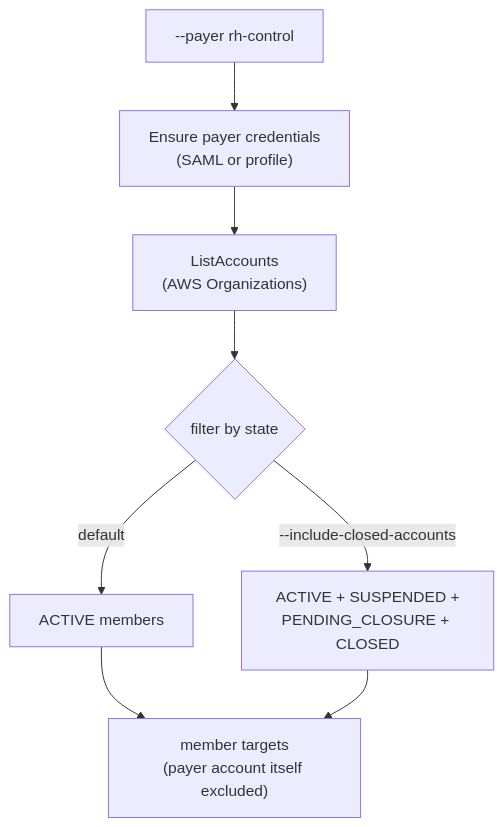
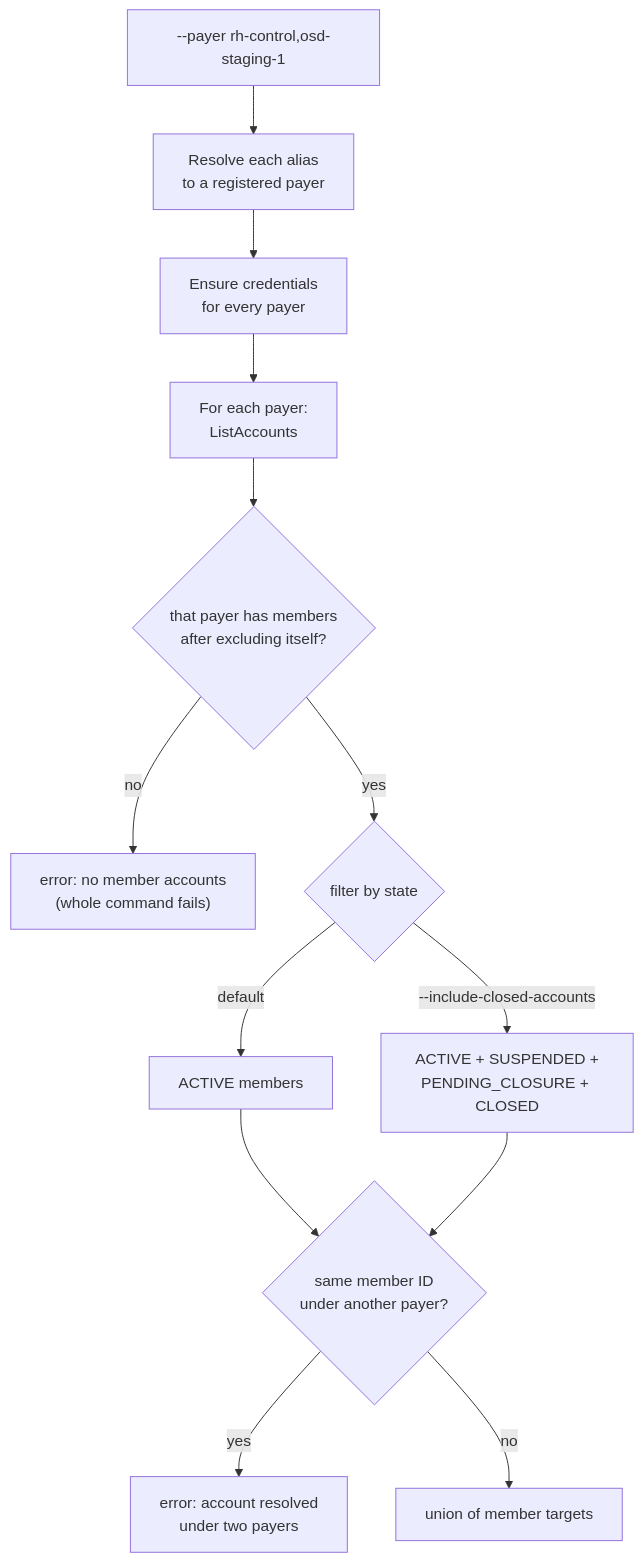
Before and after one commit to openshift-online/finops-tools: the fourth of 6 diagrams in docs/query-selectors.md, drawn with Mermaid. The commit also changed other lines of this file and 1 other file, not shown here.

Commit message:
HCMFINOPS-374 Document comma-separated --payer in the query selector guide

````diff
--- a/docs/query-selectors.md
+++ b/docs/query-selectors.md
@@ -141,10 +197,15 @@
 ```mermaid
 flowchart TD
-    P["--payer rh-control"] --> C["Ensure payer credentials<br/>(SAML or profile)"]
-    C --> L["ListAccounts<br/>(AWS Organizations)"]
-    L --> F{"filter by state"}
+    P["--payer rh-control,osd-staging-1"] --> R["Resolve each alias<br/>to a registered payer"]
+    R --> C["Ensure credentials<br/>for every payer"]
+    C --> L["For each payer:<br/>ListAccounts"]
+    L --> Z{"that payer has members<br/>after excluding itself?"}
+    Z -->|no| EZ["error: no member accounts<br/>(whole command fails)"]
+    Z -->|yes| F{"filter by state"}
     F -->|"default"| A["ACTIVE members"]
     F -->|"--include-closed-accounts"| B["ACTIVE + SUSPENDED +<br/>PENDING_CLOSURE + CLOSED"]
-    A --> M["member targets<br/>(payer account itself excluded)"]
-    B --> M
+    A --> U{"same member ID<br/>under another payer?"}
+    B --> U
+    U -->|yes| E["error: account resolved<br/>under two payers"]
+    U -->|no| M["union of member targets"]
 ```
````
